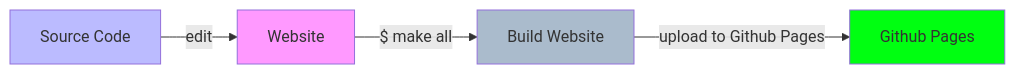
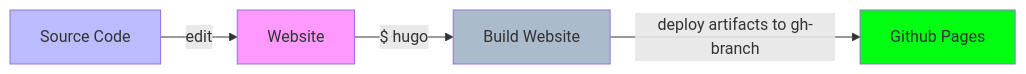
One commit to raulcorreia7/personal-blog changed the diagram in content/posts/open-source-blog/index.md. Above: the diagram before and after it, drawn with Mermaid. The commit also changed other lines of this file, not shown here.

```diff
--- a/content/posts/open-source-blog/index.md
+++ b/content/posts/open-source-blog/index.md
@@ -63,11 +62,11 @@
 {{< mermaid >}}
 graph LR;
     style source fill:#bbf
     style repository fill:#f9f
     style build fill:#abc
     style deploy fill:#0f1
 
     source[Source Code]-- edit -->repository[Website];
-    repository -- $ make all --> build[Build Website];
-    build -- upload to Github Pages --> deploy[Github Pages];
+    repository -- $ hugo --> build[Build Website];
+    build -- deploy artifacts to gh-branch --> deploy[Github Pages];
 {{< /mermaid >}}
```
